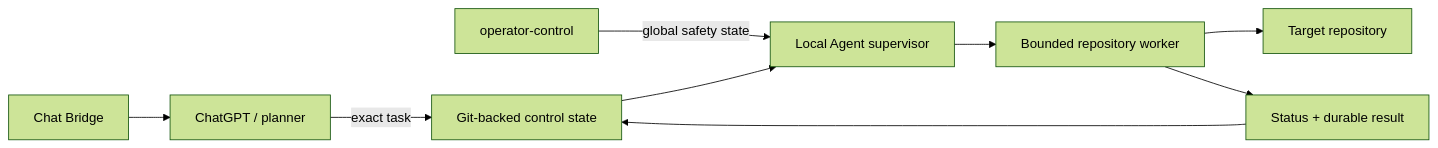
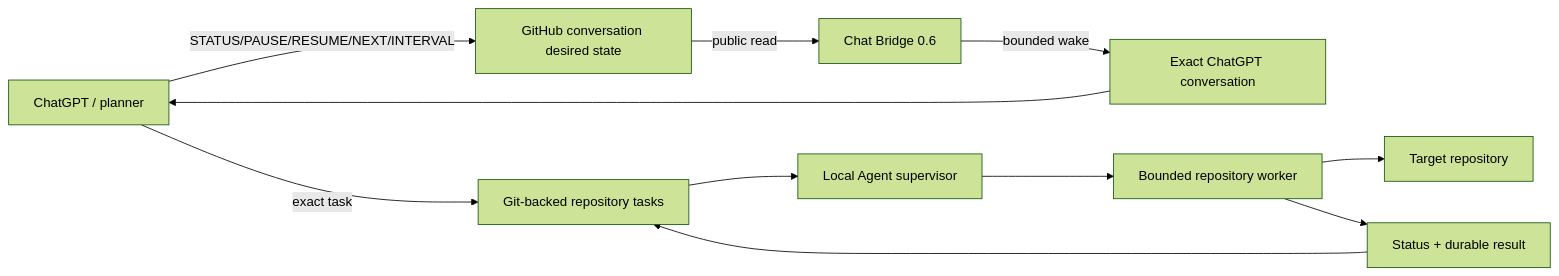
One commit to MichalMatu/local-agent changed the diagram in docs/README.md. Above: the diagram before and after it, drawn with Mermaid (forest theme). The commit also changed other lines of this file, not shown here.

Commit message:
Index the GitHub-backed Bridge control flow

````diff
--- a/docs/README.md
+++ b/docs/README.md
@@ -26,20 +25,23 @@
 ```mermaid
 flowchart LR
     Planner["ChatGPT / planner"]
-    Bridge["Chat Bridge"]
-    Control["Git-backed control state"]
-    Operator["operator-control"]
+    Desired["GitHub conversation desired state"]
+    Bridge["Chat Bridge 0.6"]
+    Chat["Exact ChatGPT conversation"]
+    Tasks["Git-backed repository tasks"]
     Supervisor["Local Agent supervisor"]
     Worker["Bounded repository worker"]
     Repo["Target repository"]
     Result["Status + durable result"]
 
-    Bridge --> Planner
-    Planner -->|exact task| Control
-    Operator -->|global safety state| Supervisor
-    Control --> Supervisor
+    Planner -->|STATUS/PAUSE/RESUME/NEXT/INTERVAL| Desired
+    Desired -->|public read| Bridge
+    Bridge -->|bounded wake| Chat
+    Chat --> Planner
+    Planner -->|exact task| Tasks
+    Tasks --> Supervisor
     Supervisor --> Worker
     Worker --> Repo
     Worker --> Result
-    Result --> Control
+    Result --> Tasks
 ```
````
